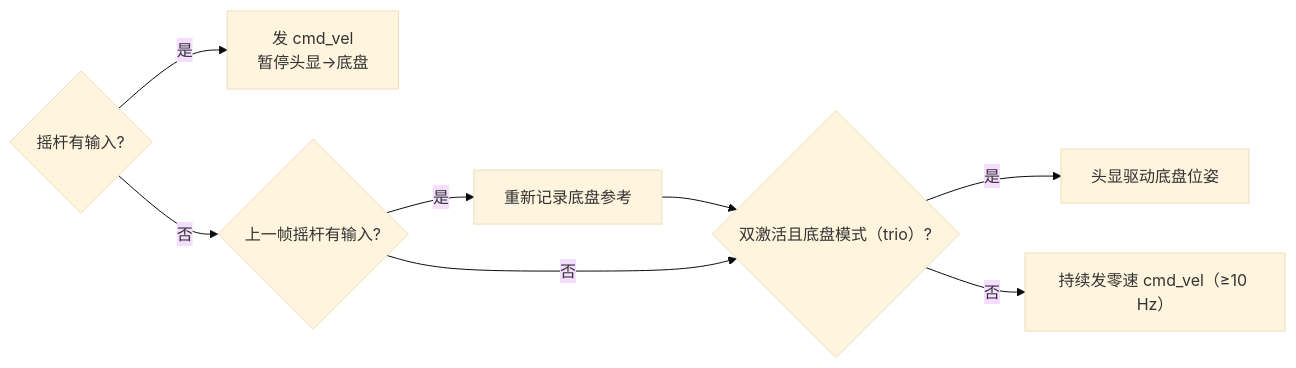
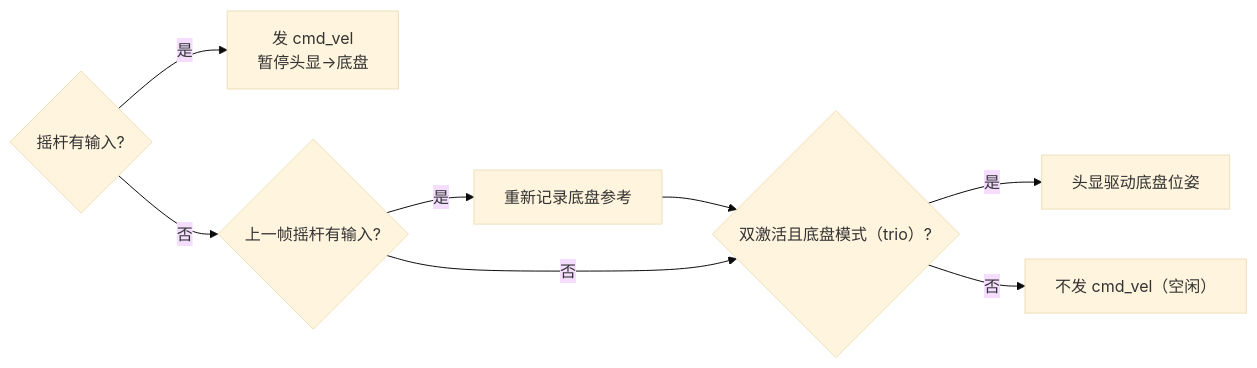
Before and after one commit to AgilexOpensource/lookie_ros: the fourth of 6 diagrams in lookie_teleop/docs/vr_teleop_dev_design.zh-CN.md, drawn with Mermaid (base theme). The commit also changed other lines of this file and 4 other files, not shown here.

````diff
--- a/lookie_teleop/docs/vr_teleop_dev_design.zh-CN.md
+++ b/lookie_teleop/docs/vr_teleop_dev_design.zh-CN.md
@@ -218,9 +218,9 @@
 ```mermaid
 flowchart LR
     S{摇杆有输入?} -- 是 --> J["发 cmd_vel<br/>暂停头显→底盘"]
     S -- 否 --> W{上一帧摇杆有输入?}
     W -- 是 --> R["重新记录底盘参考"] --> H
     W -- 否 --> H{"双激活且底盘模式（trio）?"}
     H -- 是 --> P["头显驱动底盘位姿"]
-    H -- 否 --> Z["持续发零速 cmd_vel（≥10 Hz）"]
+    H -- 否 --> Z["不发 cmd_vel（空闲）"]
 ```
````
